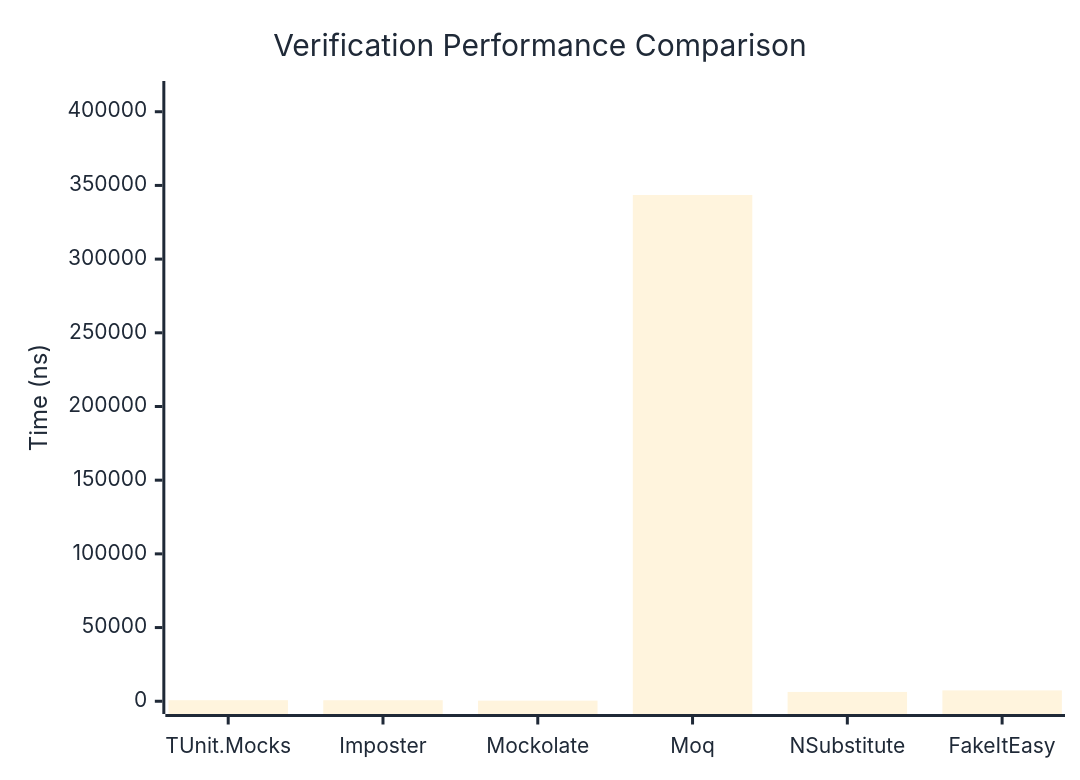
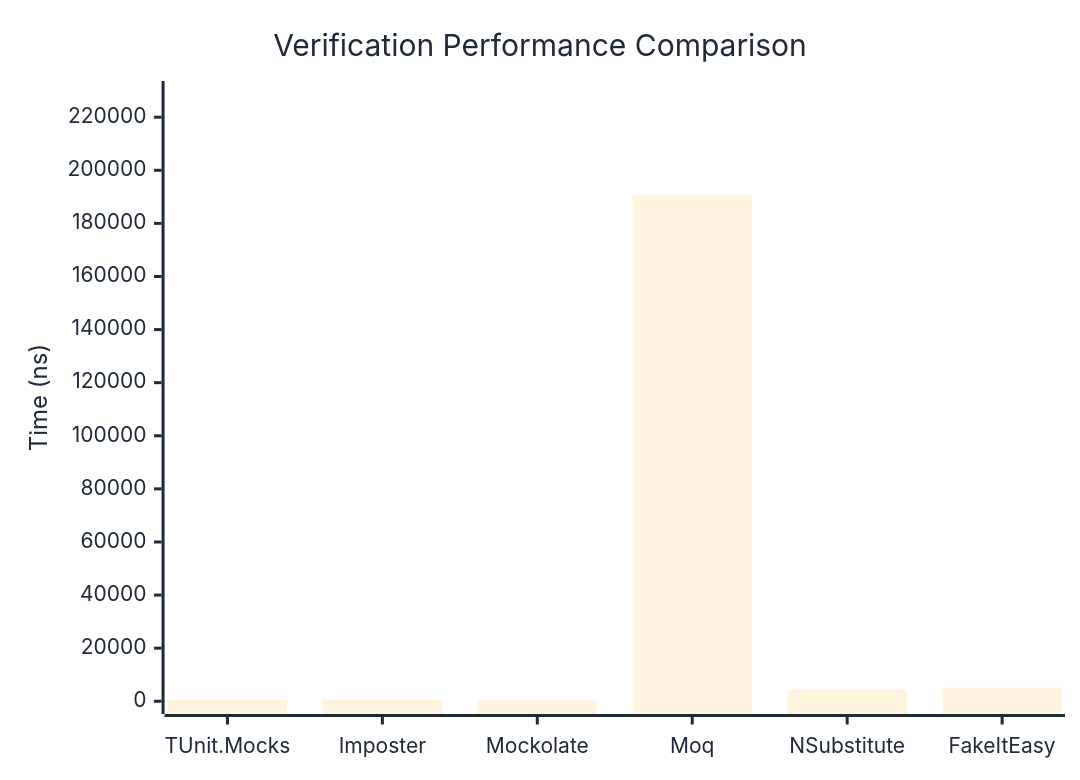
One commit to thomhurst/TUnit changed the first of 3 diagrams in docs/docs/benchmarks/mocks/Verification.md. Above: the diagram before and after it, drawn with Mermaid. The commit also changed other lines of this file and 14 other files, not shown here.

````diff
--- a/docs/docs/benchmarks/mocks/Verification.md
+++ b/docs/docs/benchmarks/mocks/Verification.md
@@ -30,27 +30,27 @@
 ```mermaid
 %%{init: {
   'theme':'base',
   'themeVariables': {
     'primaryColor': '#2563eb',
     'primaryTextColor': '#1f2937',
     'primaryBorderColor': '#1e40af',
     'lineColor': '#6b7280',
     'secondaryColor': '#7c3aed',
     'tertiaryColor': '#dc2626',
     'background': '#ffffff',
     'pie1': '#2563eb',
     'pie2': '#7c3aed',
     'pie3': '#dc2626',
     'pie4': '#f59e0b',
     'pie5': '#10b981',
     'pie6': '#06b6d4',
     'pie7': '#ec4899',
     'pie8': '#6366f1'
   }
 }}%%
 xychart-beta
   title "Verification Performance Comparison"
   x-axis ["TUnit.Mocks", "Imposter", "Mockolate", "Moq", "NSubstitute", "FakeItEasy"]
-  y-axis "Time (ns)" 0 --> 412202
-  bar [714.9, 685.99, 402.86, 343500.97, 6322.38, 7362.33]
+  y-axis "Time (ns)" 0 --> 228834
+  bar [572.48, 526.78, 305.86, 190694.43, 4440.29, 5114.93]
 ```
````
